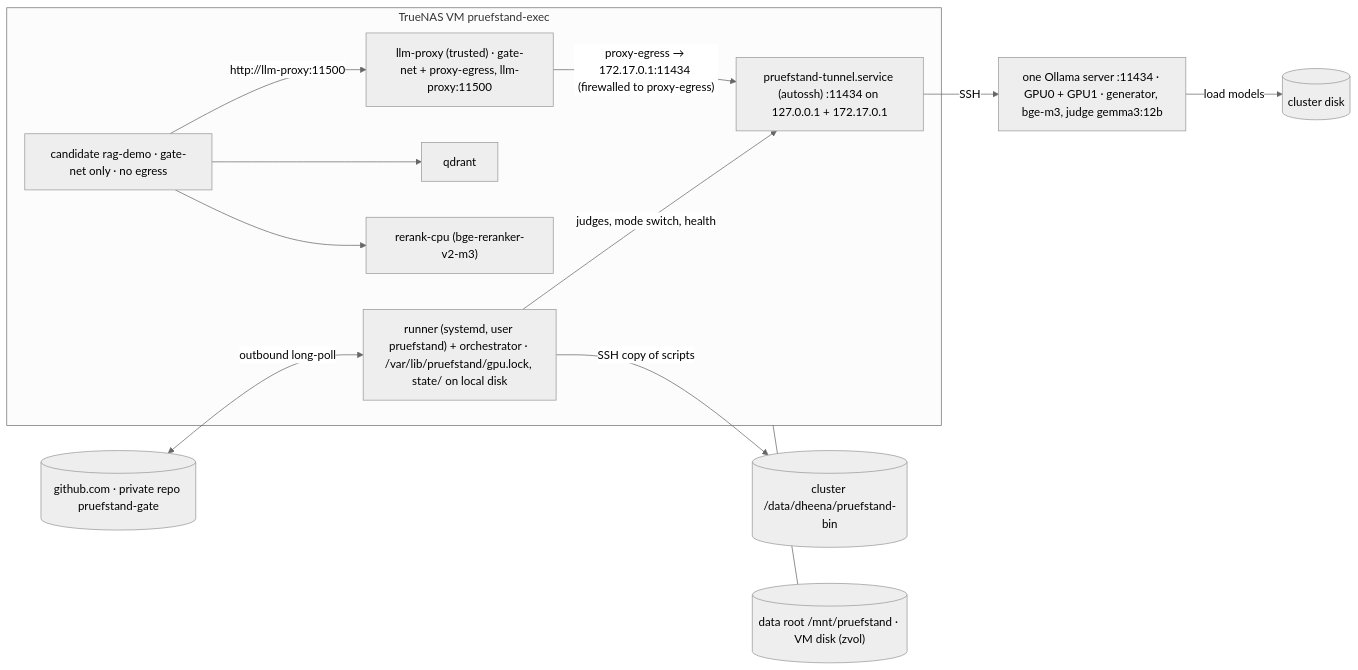
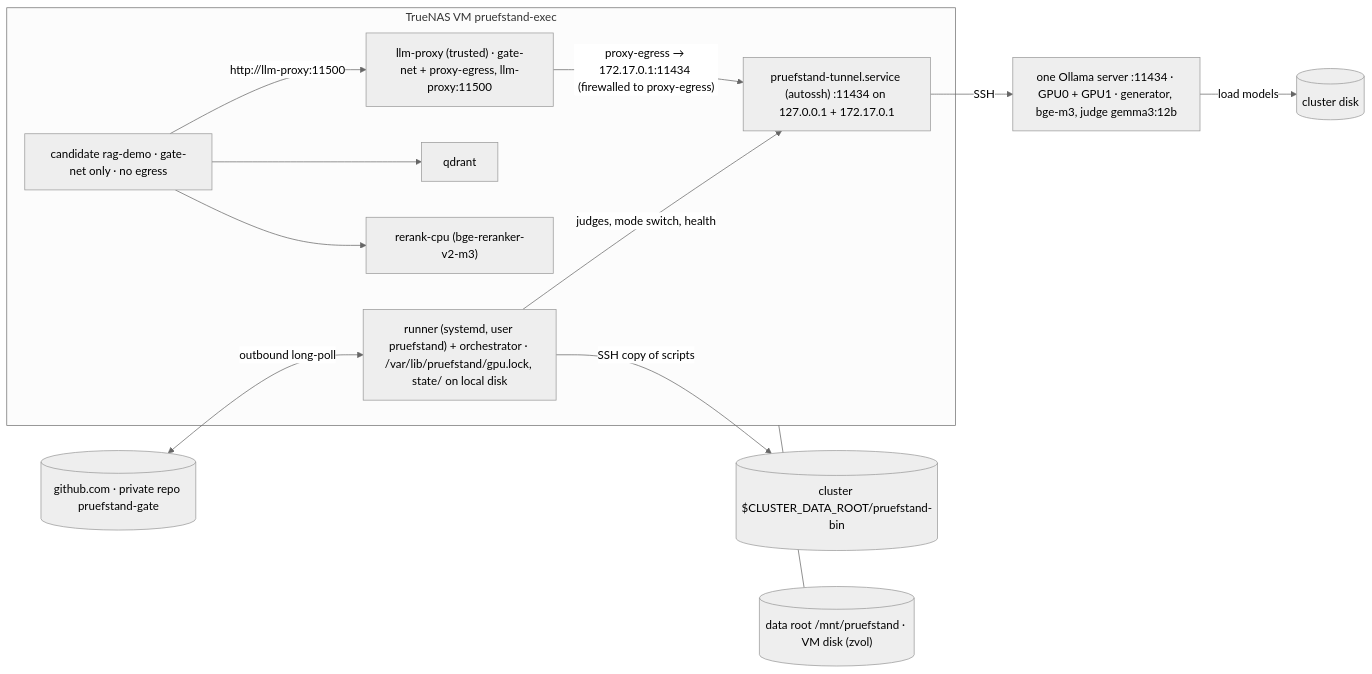
The diagram in docs/engineering/gpu-cluster.md (dheena18/pruefstand), drawn with Mermaid (neutral theme) before and after one commit. The commit also changed other lines of this file and 53 other files, not shown here.

First line of the commit message:
fix(gpu): render cluster.env and the wrapper from an owner-supplied data root (T3.1c)

````diff
--- a/docs/engineering/gpu-cluster.md
+++ b/docs/engineering/gpu-cluster.md
@@ -87,20 +87,20 @@
 ```mermaid
 flowchart LR
   GH[("github.com · private repo pruefstand-gate")] <-->|"outbound long-poll"| RUN
   subgraph VM["TrueNAS VM pruefstand-exec"]
     RUN["runner (systemd, user pruefstand) + orchestrator · /var/lib/pruefstand/gpu.lock, state/ on local disk"]
     PROXY["llm-proxy (trusted) · gate-net + proxy-egress, llm-proxy:11500"]
     CAND["candidate rag-demo · gate-net only · no egress"]
     Q["qdrant"] & RR["rerank-cpu (bge-reranker-v2-m3)"]
     TUN["pruefstand-tunnel.service (autossh) :11434 on 127.0.0.1 + 172.17.0.1"]
   end
   CAND -->|"http://llm-proxy:11500"| PROXY
   CAND --> Q & RR
   PROXY -->|"proxy-egress → 172.17.0.1:11434 (firewalled to proxy-egress)"| TUN
   RUN -->|"judges, mode switch, health"| TUN
   TUN -->|"SSH"| OL["one Ollama server :11434 · GPU0 + GPU1 · generator, bge-m3, judge gemma3:12b"]
   DR[("data root /mnt/pruefstand · VM disk (zvol)")]
   VM --- DR
   OL -->|"load models"| MD[("cluster disk <models-dir>")]
-  RUN -->|"SSH copy of scripts"| BIN[("cluster /data/dheena/pruefstand-bin")]
+  RUN -->|"SSH copy of scripts"| BIN[("cluster $CLUSTER_DATA_ROOT/pruefstand-bin")]
 ```
````
